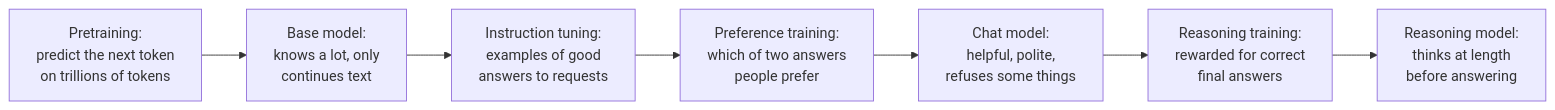
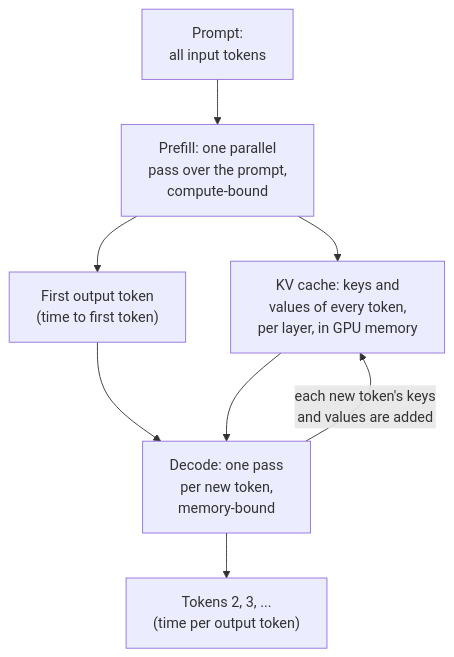
One commit to shubamchaudhary/CodeNITW changed the sixth of 10 diagrams in src/Data/aiStackDocs/CH-01.md. Above: the diagram before and after it, drawn with Mermaid. The commit also changed other lines of this file and 52 other files, not shown here.

````diff
--- a/src/Data/aiStackDocs/CH-01.md
+++ b/src/Data/aiStackDocs/CH-01.md
@@ -117,9 +141,10 @@
 ```mermaid
-flowchart LR
-    PT["Pretraining:<br/>predict the next token<br/>on trillions of tokens"] --> BASE["Base model:<br/>knows a lot, only<br/>continues text"]
-    BASE --> SFT["Instruction tuning:<br/>examples of good<br/>answers to requests"]
-    SFT --> PREF["Preference training:<br/>which of two answers<br/>people prefer"]
-    PREF --> CHAT["Chat model:<br/>helpful, polite,<br/>refuses some things"]
-    CHAT --> RL["Reasoning training:<br/>rewarded for correct<br/>final answers"]
-    RL --> RSN["Reasoning model:<br/>thinks at length<br/>before answering"]
+flowchart TB
+    PR["Prompt:<br/>all input tokens"] --> PF["Prefill: one parallel<br/>pass over the prompt,<br/>compute-bound"]
+    PF --> KV["KV cache: keys and<br/>values of every token,<br/>per layer, in GPU memory"]
+    PF --> T1["First output token<br/>(time to first token)"]
+    T1 --> DC["Decode: one pass<br/>per new token,<br/>memory-bound"]
+    KV --> DC
+    DC -->|"each new token's keys<br/>and values are added"| KV
+    DC --> TN["Tokens 2, 3, ...<br/>(time per output token)"]
 ```
````
